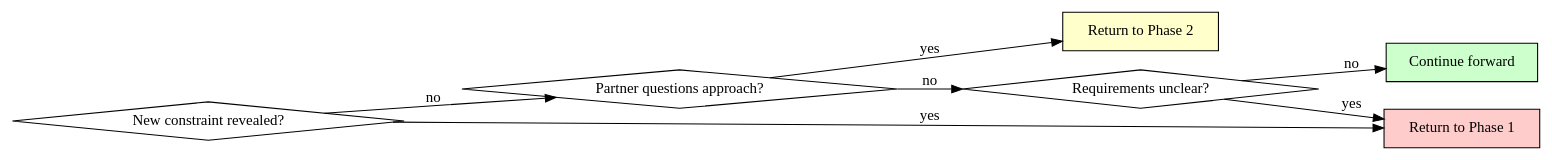
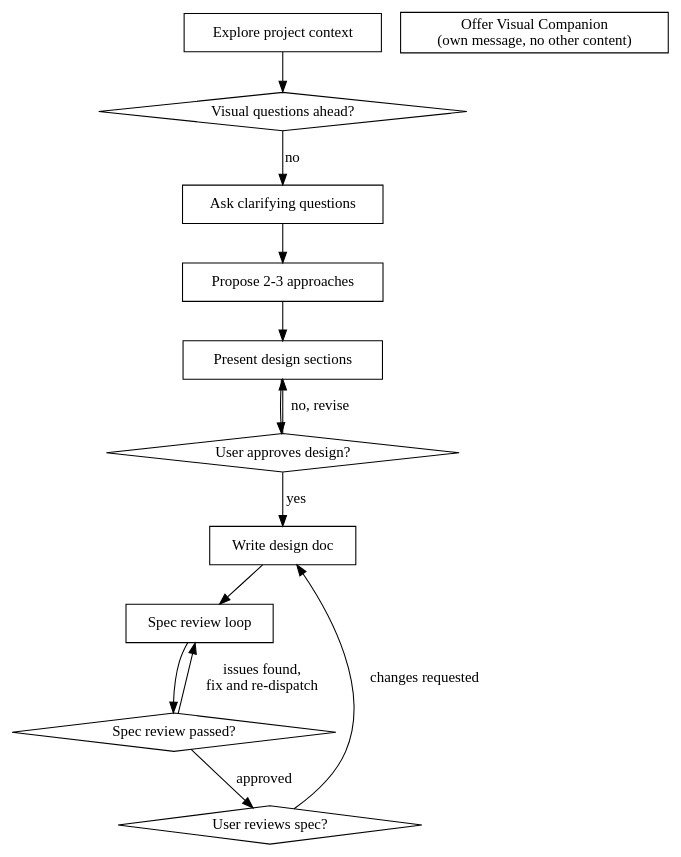
The diagram in .config/opencode/skills/brainstorming/SKILL.md (frap129/dotfiles), drawn with Graphviz before and after one commit. The commit also changed other lines of this file and 9 other files, not shown here.

````diff
--- a/.config/opencode/skills/brainstorming/SKILL.md
+++ b/.config/opencode/skills/brainstorming/SKILL.md
@@ -126,18 +35,28 @@
 ```dot
-digraph revisit_phases {
-    rankdir=LR;
-    "New constraint revealed?" [shape=diamond];
-    "Partner questions approach?" [shape=diamond];
-    "Requirements unclear?" [shape=diamond];
-    "Return to Phase 1" [shape=box, style=filled, fillcolor="#ffcccc"];
-    "Return to Phase 2" [shape=box, style=filled, fillcolor="#ffffcc"];
-    "Continue forward" [shape=box, style=filled, fillcolor="#ccffcc"];
+digraph brainstorming {
+    "Explore project context" [shape=box];
+    "Visual questions ahead?" [shape=diamond];
+    "Offer Visual Companion\n(own message, no other content)" [shape=box];
+    "Ask clarifying questions" [shape=box];
+    "Propose 2-3 approaches" [shape=box];
+    "Present design sections" [shape=box];
+    "User approves design?" [shape=diamond];
+    "Write design doc" [shape=box];
+    "Spec review loop" [shape=box];
+    "Spec review passed?" [shape=diamond];
+    "User reviews spec?" [shape=diamond];
 
-    "New constraint revealed?" -> "Return to Phase 1" [label="yes"];
-    "New constraint revealed?" -> "Partner questions approach?" [label="no"];
-    "Partner questions approach?" -> "Return to Phase 2" [label="yes"];
-    "Partner questions approach?" -> "Requirements unclear?" [label="no"];
-    "Requirements unclear?" -> "Return to Phase 1" [label="yes"];
-    "Requirements unclear?" -> "Continue forward" [label="no"];
+    "Explore project context" -> "Visual questions ahead?";
+    "Visual questions ahead?" -> "Ask clarifying questions" [label="no"];
+    "Ask clarifying questions" -> "Propose 2-3 approaches";
+    "Propose 2-3 approaches" -> "Present design sections";
+    "Present design sections" -> "User approves design?";
+    "User approves design?" -> "Present design sections" [label="no, revise"];
+    "User approves design?" -> "Write design doc" [label="yes"];
+    "Write design doc" -> "Spec review loop";
+    "Spec review loop" -> "Spec review passed?";
+    "Spec review passed?" -> "Spec review loop" [label="issues found,\nfix and re-dispatch"];
+    "Spec review passed?" -> "User reviews spec?" [label="approved"];
+    "User reviews spec?" -> "Write design doc" [label="changes requested"];
 }
 ```
````
